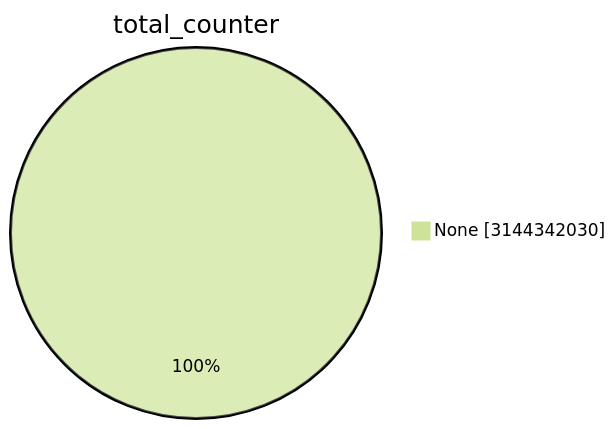
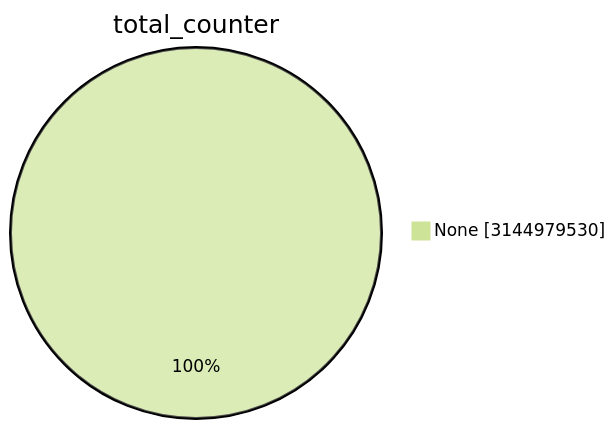
The first of 15 diagrams in TOTAL/README.md (christiankrug/ctmonitor_visualization), drawn with Mermaid (forest theme) before and after one commit. The commit also changed other lines of this file, not shown here.

````diff
--- a/TOTAL/README.md
+++ b/TOTAL/README.md
@@ -1,5 +1,5 @@
 ```mermaid
 pie showData
 title total_counter
-"None" :3144342030
+"None" :3144979530
 ```
````
